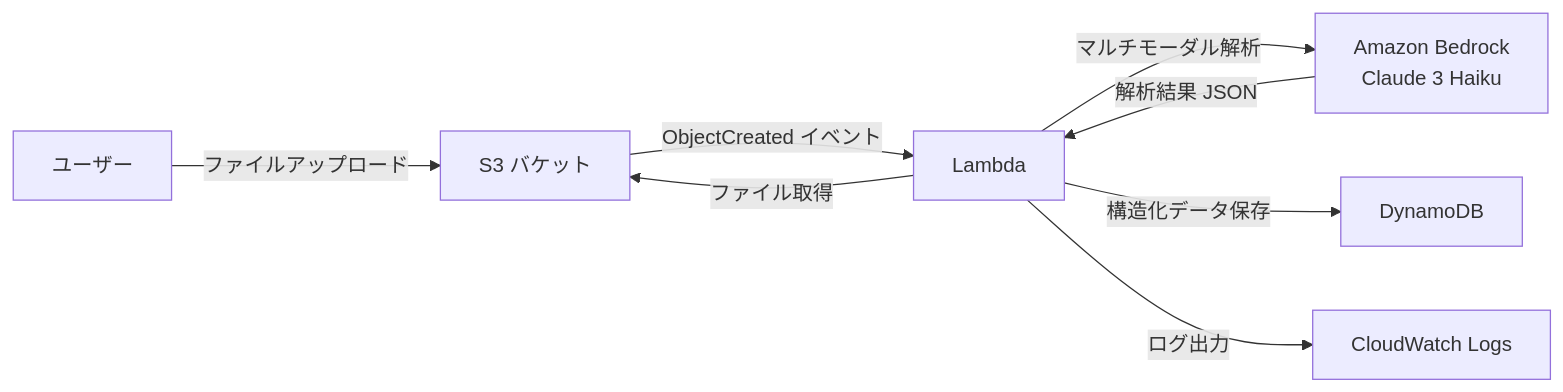
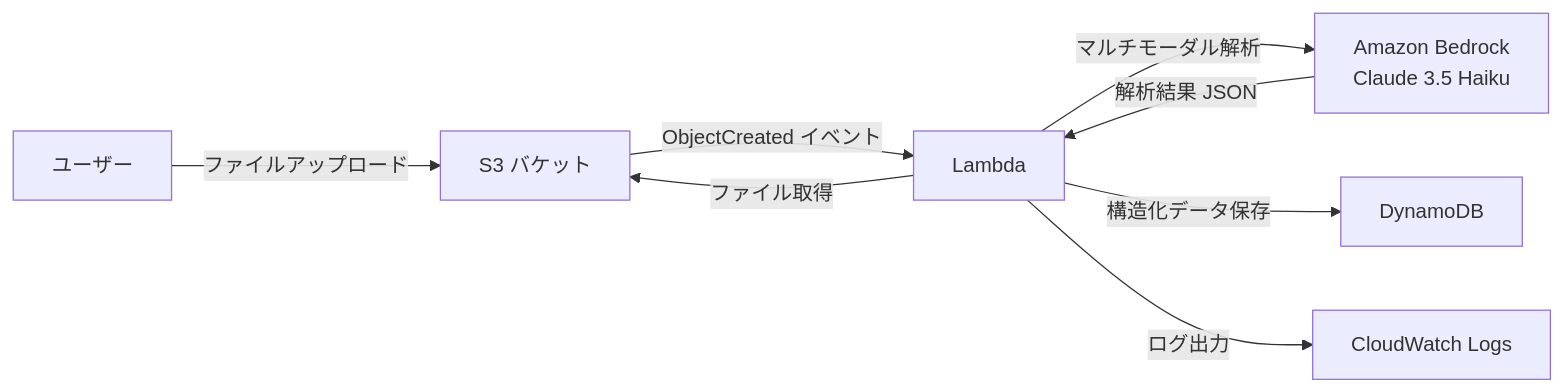
The diagram in README.md (satoshif1977/aws-multimodal-analysis), drawn with Mermaid before and after one commit. The commit also changed other lines of this file and 4 other files, not shown here.

````diff
--- a/README.md
+++ b/README.md
@@ -47,10 +47,10 @@
 ```mermaid
 graph LR
     A[ユーザー] -->|ファイルアップロード| B[S3 バケット]
     B -->|ObjectCreated イベント| C[Lambda]
     C -->|ファイル取得| B
-    C -->|マルチモーダル解析| D[Amazon Bedrock\nClaude 3 Haiku]
+    C -->|マルチモーダル解析| D[Amazon Bedrock\nClaude 3.5 Haiku]
     D -->|解析結果 JSON| C
     C -->|構造化データ保存| E[DynamoDB]
     C -->|ログ出力| F[CloudWatch Logs]
 ```
````
